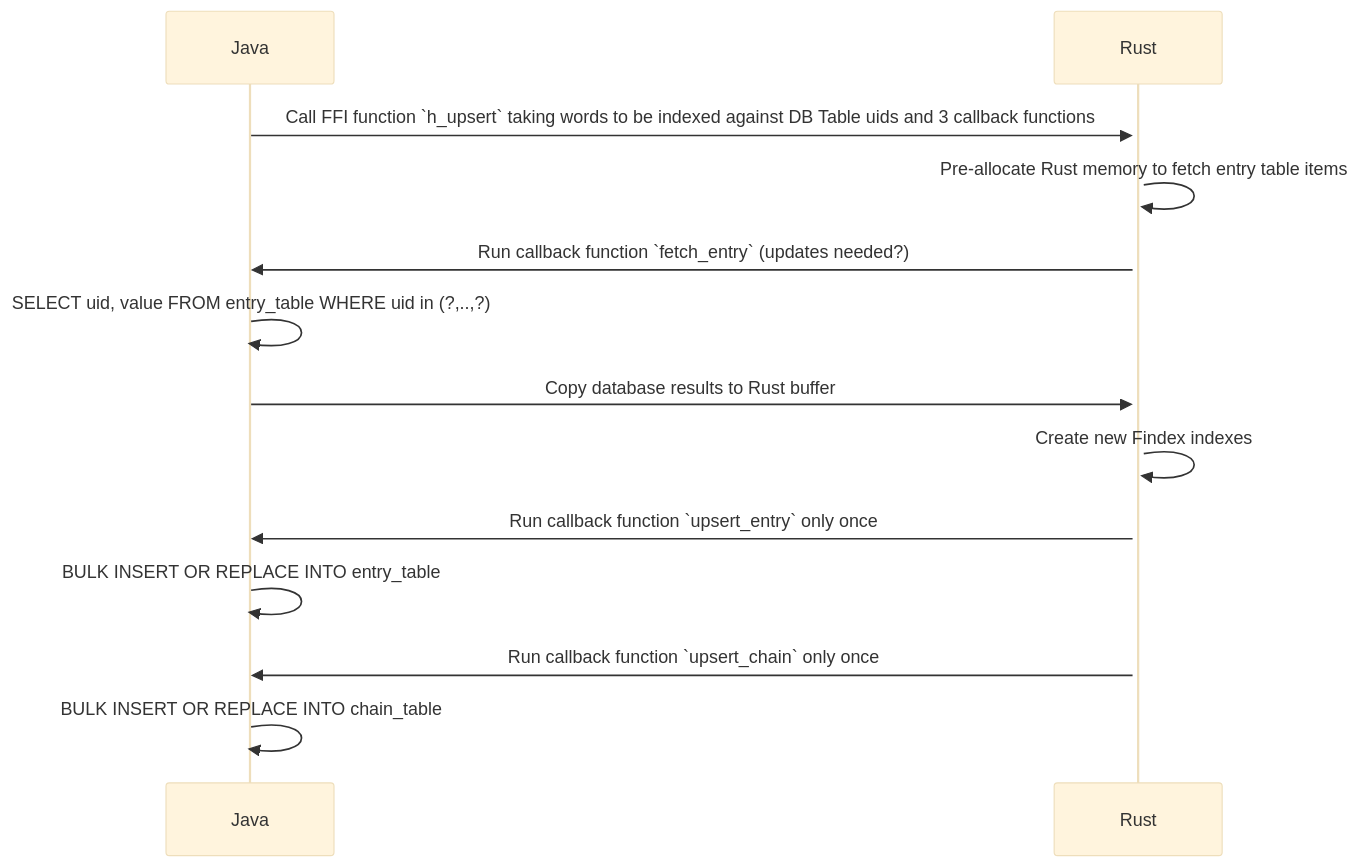
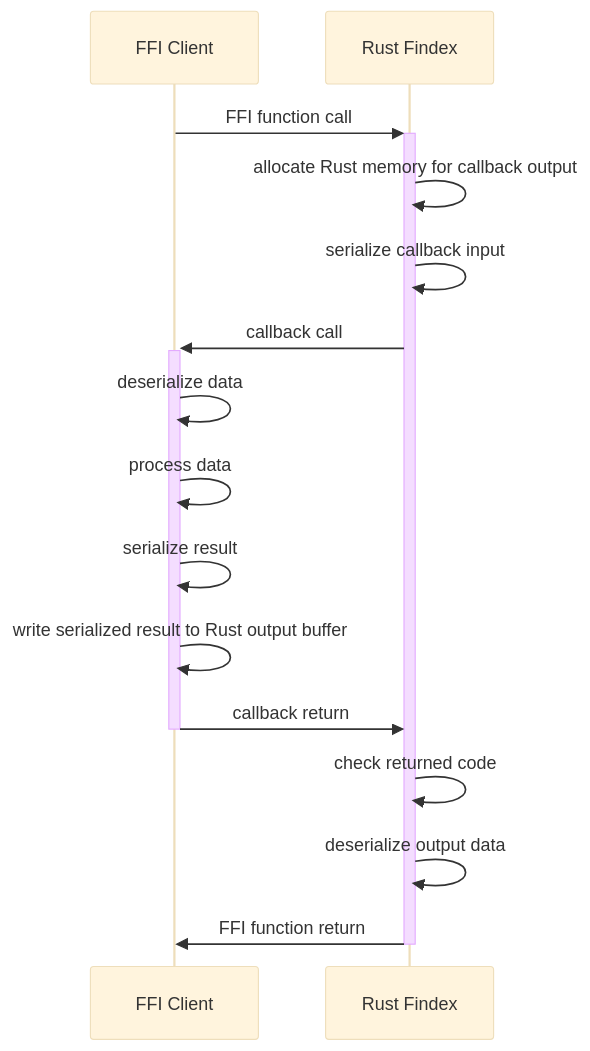
The first of 4 diagrams in src/pkg/findex/README.md (Cosmian/cloudproof_js), drawn with Mermaid (base theme) before and after one commit. The commit also changed other lines of this file and 14 other files, not shown here.

````diff
--- a/src/pkg/findex/README.md
+++ b/src/pkg/findex/README.md
@@ -90,13 +166,17 @@
 ```mermaid
-    sequenceDiagram
-    Java->>+Rust: Call FFI function `h_upsert` taking words to be indexed against DB Table uids and 3 callback functions
-    Rust->>Rust: Pre-allocate Rust memory to fetch entry table items
-    Rust->>Java: Run callback function `fetch_entry` (updates needed?)
-    Java->>Java: SELECT uid, value FROM entry_table WHERE uid in (?,..,?)
-    Java->>Rust: Copy database results to Rust buffer
-    Rust->>Rust: Create new Findex indexes
-    Rust->>Java: Run callback function `upsert_entry` only once
-    Java->>Java: BULK INSERT OR REPLACE INTO entry_table
-    Rust->>Java: Run callback function `upsert_chain` only once
-    Java->>Java: BULK INSERT OR REPLACE INTO chain_table
+sequenceDiagram
+    participant C as FFI Client
+    participant R as Rust Findex
+    C->>+R: FFI function call
+    R->>R: allocate Rust memory for callback output
+    R->>R: serialize callback input
+    R->>+C: callback call
+    C->>C: deserialize data
+    C->>C: process data
+    C->>C: serialize result
+    C->>C: write serialized result to Rust output buffer
+    C->>-R: callback return
+    R->>R: check returned code
+    R->>R: deserialize output data
+    R->>-C: FFI function return
 ```
````
